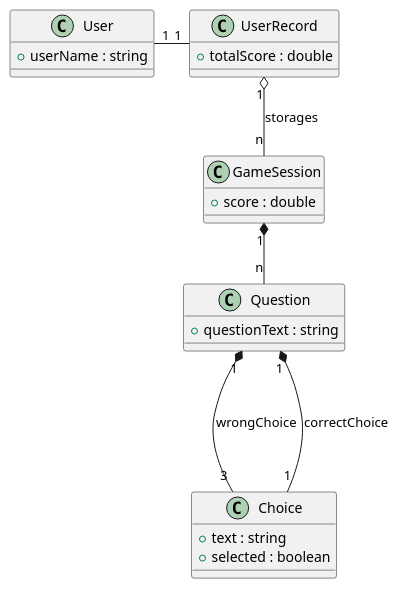
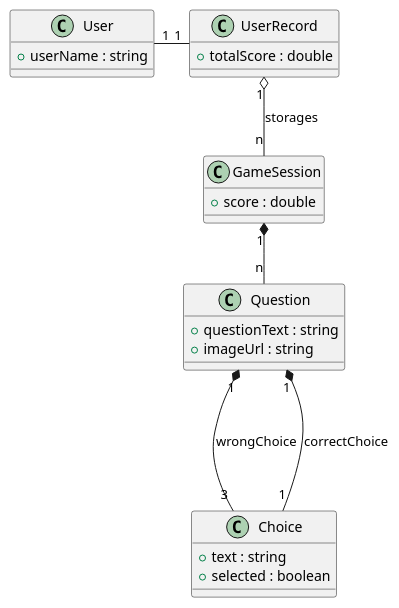
Before and after one commit to Arquisoft/wichat_es3b: the diagram in docs/src/08_concepts.adoc, drawn with PlantUML.

Commit message:
Añadida propiedad imageUrl a la clase Question en el documento de conceptos.

```diff
--- a/docs/src/08_concepts.adoc
+++ b/docs/src/08_concepts.adoc
@@ -63,32 +63,33 @@
 [plantuml,"Sequence diagram",svg]
 ----
 @startuml
 class User {
     +userName : string
 }
 
 class UserRecord {
     +totalScore : double
 }
 
 class GameSession {
     +score : double
 }
 
 class Question {
     +questionText : string
+    +imageUrl : string
 }
 
 class Choice {
     +text : string
     +selected : boolean
 }
 
 Question "1" *--- "3" Choice : wrongChoice
 Question "1" *--- "1" Choice : correctChoice
 GameSession "1" *-- "n" Question
 UserRecord "1" o-- "n" GameSession :  storages
 User "1" - "1" UserRecord
 
 @enduml
 ----
```
